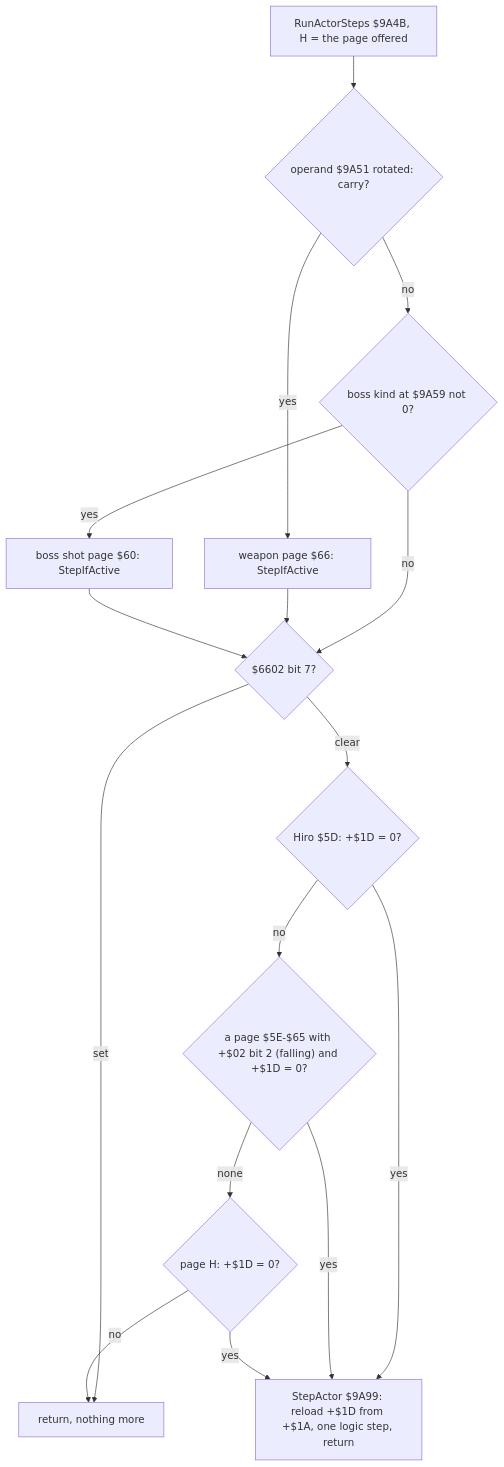
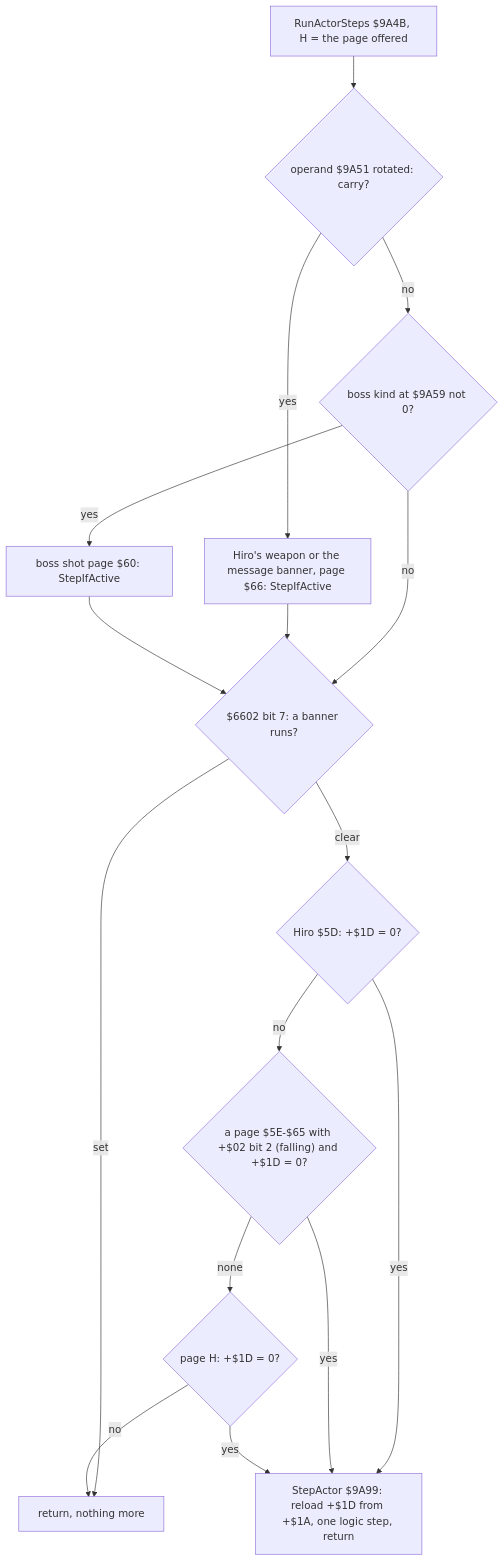
The fifth of 10 diagrams in games/switchblade/docs/04-game-loop.md (alfishe/unrealng-reverse-cases), drawn with Mermaid before and after one commit. The commit also changed other lines of this file and 47 other files, not shown here.

````diff
--- a/games/switchblade/docs/04-game-loop.md
+++ b/games/switchblade/docs/04-game-loop.md
@@ -346,18 +348,18 @@
 ```mermaid
 flowchart TD
     A["RunActorSteps $9A4B, H = the page offered"] --> B{"operand $9A51 rotated: carry?"}
-    B -- yes --> C["weapon page $66: StepIfActive"]
+    B -- yes --> C["Hiro's weapon or the message banner, page $66: StepIfActive"]
     B -- no --> D{"boss kind at $9A59 not 0?"}
     D -- yes --> E["boss shot page $60: StepIfActive"]
     D -- no --> F
-    C --> F{"$6602 bit 7?"}
+    C --> F{"$6602 bit 7: a banner runs?"}
     E --> F
     F -- set --> R["return, nothing more"]
     F -- clear --> G{"Hiro $5D: +$1D = 0?"}
     G -- yes --> S["StepActor $9A99: reload +$1D from +$1A, one logic step, return"]
     G -- no --> H{"a page $5E-$65 with +$02 bit 2 (falling) and +$1D = 0?"}
     H -- yes --> S
     H -- none --> I{"page H: +$1D = 0?"}
     I -- yes --> S
     I -- no --> R
 ```
````
